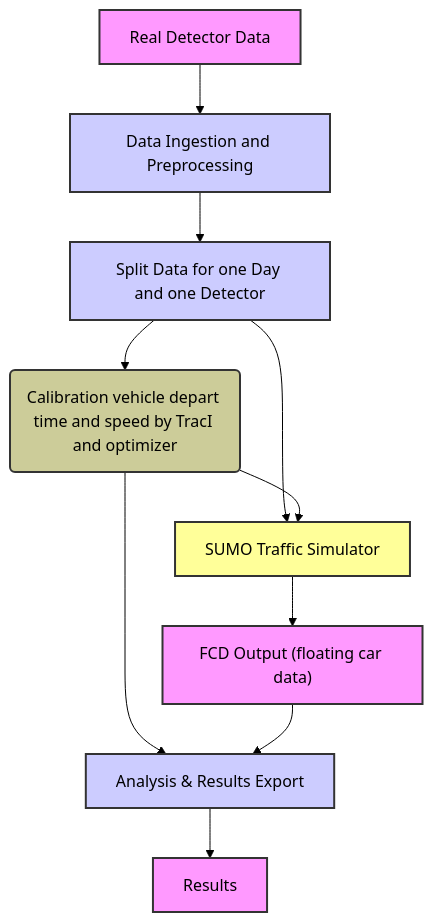
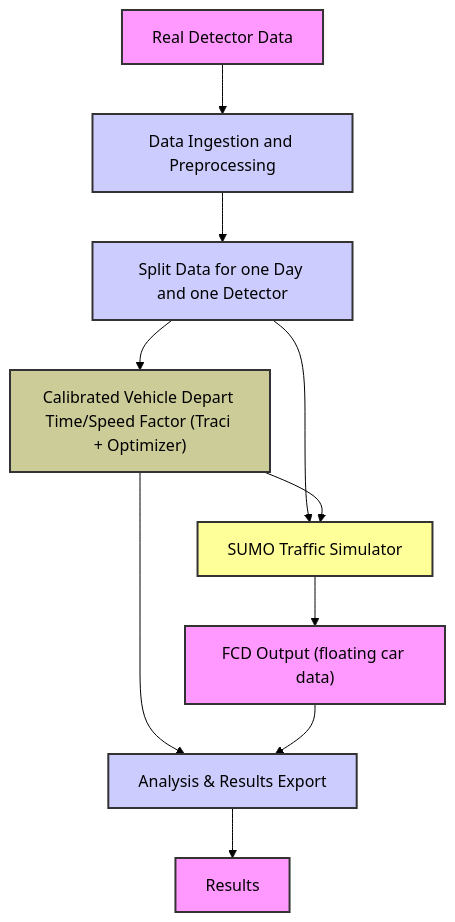
One commit to SiddharthVenkataraman/Hornsgatan changed the first of 2 diagrams in docs/Workflow.md. Above: the diagram before and after it, drawn with Mermaid (forest theme). The commit also changed other lines of this file and 1 other file, not shown here.

````diff
--- a/docs/Workflow.md
+++ b/docs/Workflow.md
@@ -25,22 +24,22 @@
 ```mermaid
 graph TD
     A[Real Detector Data] --> B["Data Ingestion and Preprocessing"]
     B --> C["Split Data for one Day and one Detector"]
-    C --> E(Calibration vehicle depart time and speed by TracI and optimizer)
+    C --> E["Calibrated Vehicle Depart Time/Speed Factor (Traci + Optimizer)"]
     C --> F[SUMO Traffic Simulator]
     E --> F
     F --> G["FCD Output (floating car data)"]
     E --> H["Analysis & Results Export"]
     G --> H
     H --> I[Results]
 
     %% Styling for clarity
     classDef data fill:#f9f,stroke:#333,stroke-width:2px;
     class A,G,I data
     classDef process fill:#ccf,stroke:#333,stroke-width:2px;
     class B,C,E,H process
     classDef tool fill:#ff9,stroke:#333,stroke-width:2px;
     class F tool
     classDef param fill:#cc9,stroke:#333,stroke-width:2px;
     class E param
 ``` 
````
